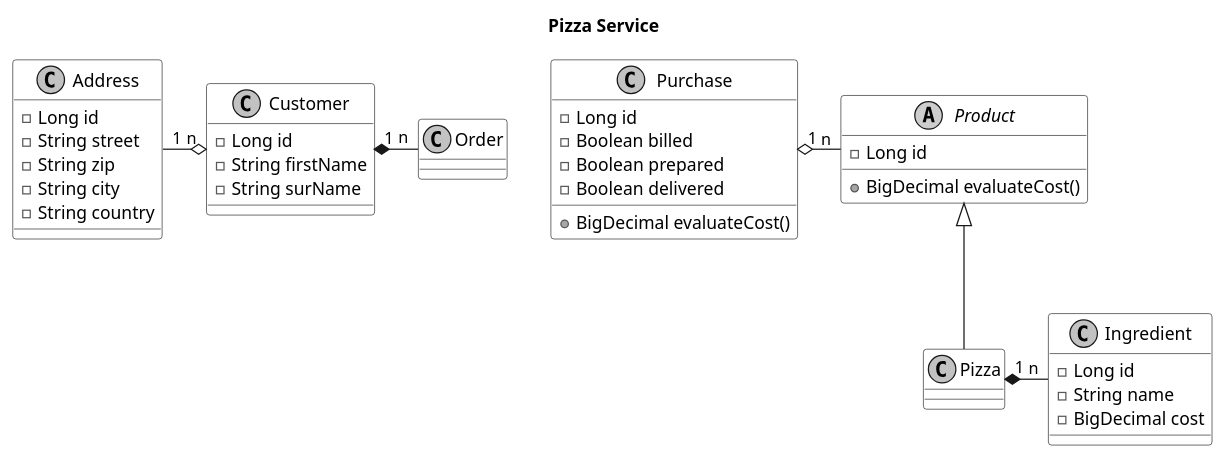
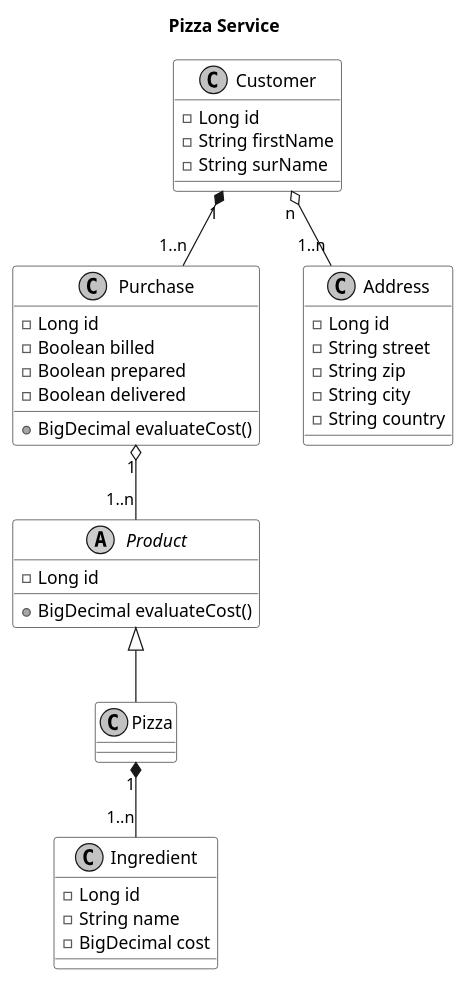
One commit to mervyn-mccreight/delivery changed the diagram in uml/all.puml. Above: the diagram before and after it, drawn with PlantUML.

Commit message:
Updated UML diagram

```diff
--- a/uml/all.puml
+++ b/uml/all.puml
@@ -1,54 +1,54 @@
 @startuml
 
 title Pizza Service
 skinparam monochrome true
 skinparam classBackgroundColor #ffffff
 skinparam stereoTypeCBackgroundColor #ffffff
 skinparam stereoTypeABackgroundColor #ffffff
 skinparam shadowing false
 
 abstract class Product {
     -Long id
     +BigDecimal evaluateCost()
 }
 
 class Pizza
 
 class Ingredient {
     -Long id
     -String name
     -BigDecimal cost
 }
 
-Pizza "1" *- "n" Ingredient
+Pizza "1" *-- "1..n" Ingredient
 Product <|-- Pizza
 
 class Purchase {
     -Long id
     -Boolean billed
     -Boolean prepared
     -Boolean delivered
     +BigDecimal evaluateCost()
 }
 
-Purchase "1" o- "n" Product
+Purchase "1" o-- "1..n" Product
 
 class Customer {
     -Long id
     -String firstName
     -String surName
 }
 
-Customer "1" *- "n" Order
+Customer "1" *-- "1..n" Purchase
 
 class Address {
     -Long id
     -String street
     -String zip
     -String city
     -String country
 }
 
-Customer "n" o-left- "1" Address
+Customer "n" o-- "1..n" Address
 
 @enduml
```
